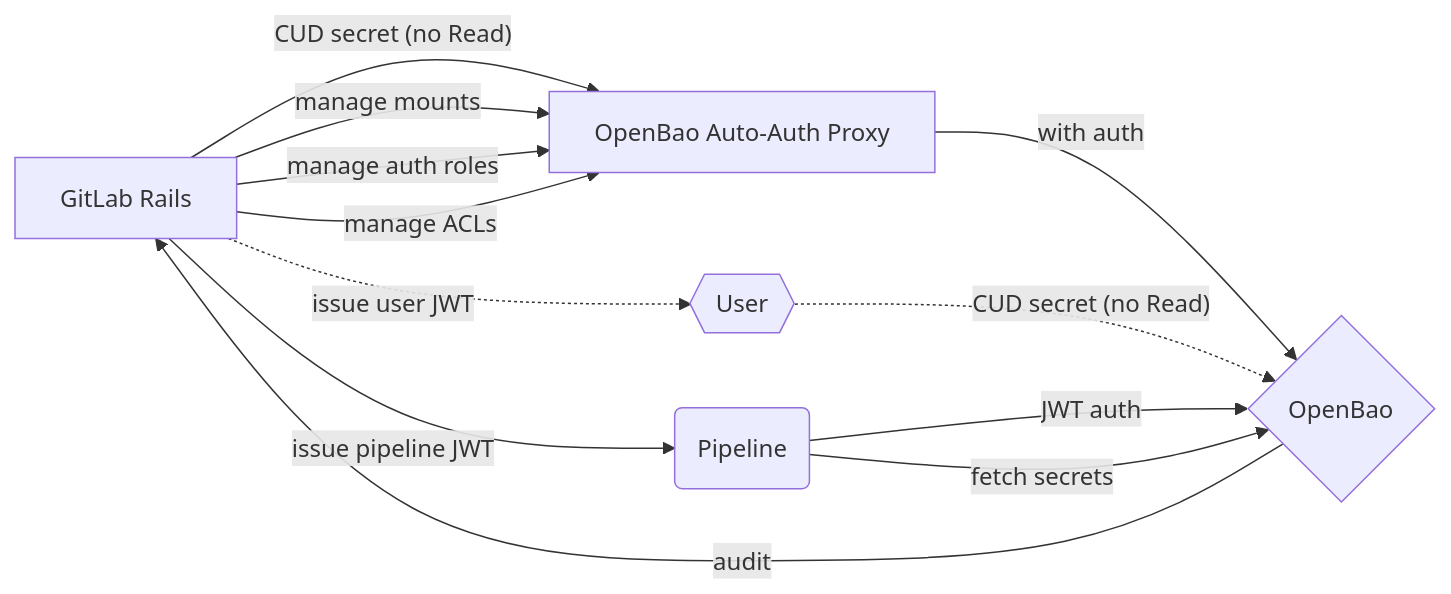
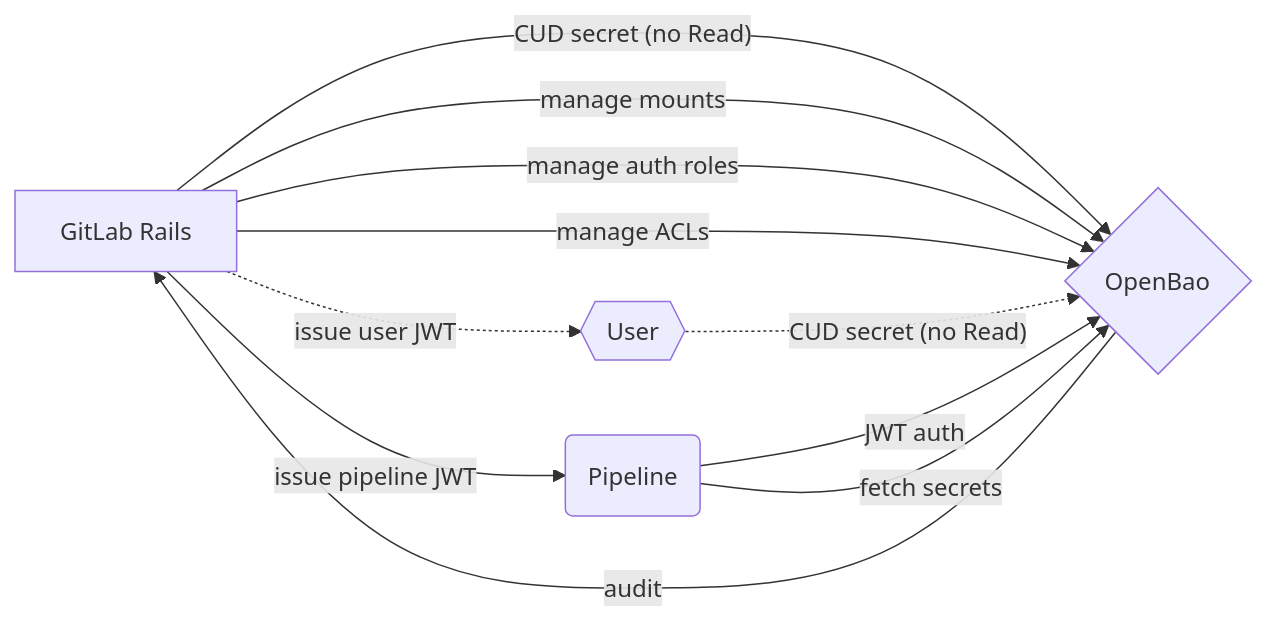
One commit to zalyoung/gitlab-handbook changed the sixth of 6 diagrams in content/handbook/engineering/architecture/design-documents/secret_manager/_index.md. Above: the diagram before and after it, drawn with Mermaid. The commit also changed other lines of this file, not shown here.

First line of the commit message:
Remove references to auto-auth proxy from SM design

````diff
--- a/content/handbook/engineering/architecture/design-documents/secret_manager/_index.md
+++ b/content/handbook/engineering/architecture/design-documents/secret_manager/_index.md
@@ -703,22 +698,21 @@
 ```mermaid
 flowchart LR
 
 gl[GitLab Rails]
 u{{User}}
 p(Pipeline)
-obp[OpenBao Auto-Auth Proxy]
 ob{OpenBao}
 
 
-gl -- CUD secret (no Read) --> obp -- with auth --> ob
-gl -- manage mounts --> obp
-gl -- manage auth roles --> obp
-gl -- manage ACLs --> obp
+gl -- CUD secret (no Read) --> ob
+gl -- manage mounts --> ob
+gl -- manage auth roles --> ob
+gl -- manage ACLs --> ob
 gl-. issue user JWT .->u-. CUD secret (no Read) .->ob
 gl -- issue pipeline JWT --> p
 
 p -- JWT auth --> ob
 p -- fetch secrets --> ob
 
 ob -- audit --> gl
 ```
````
